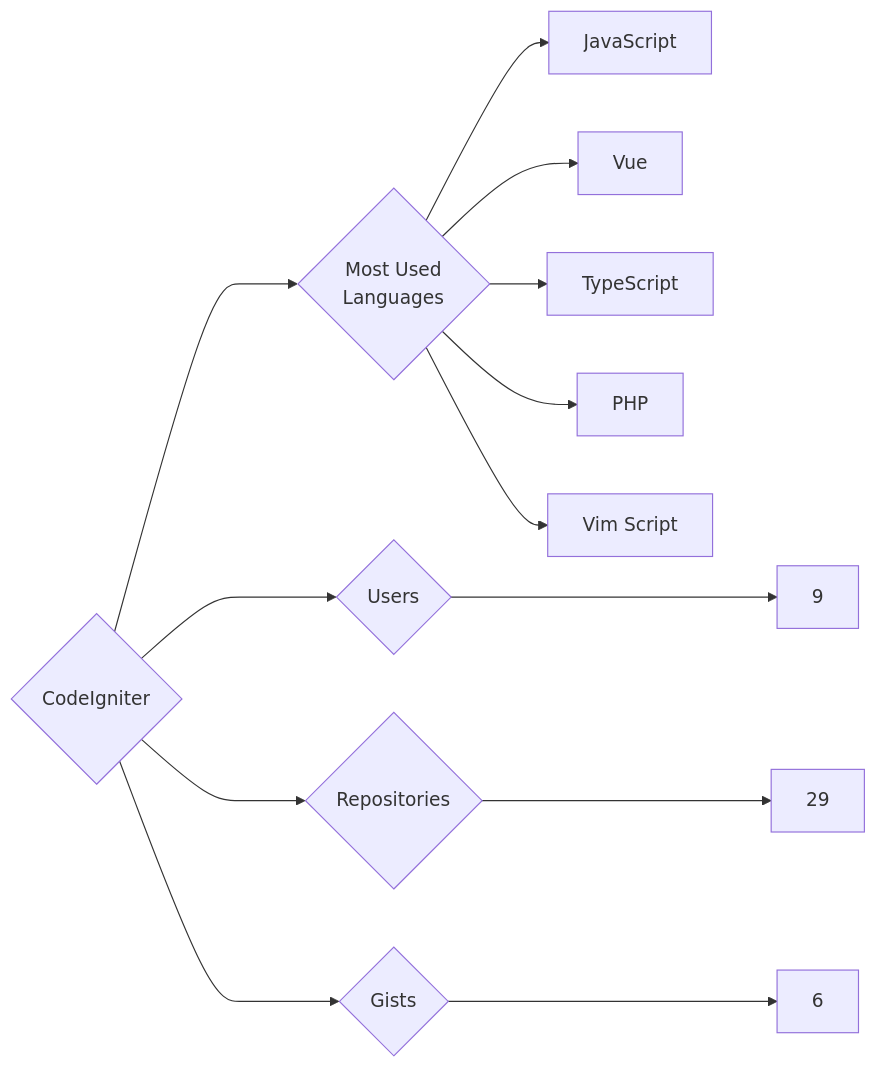
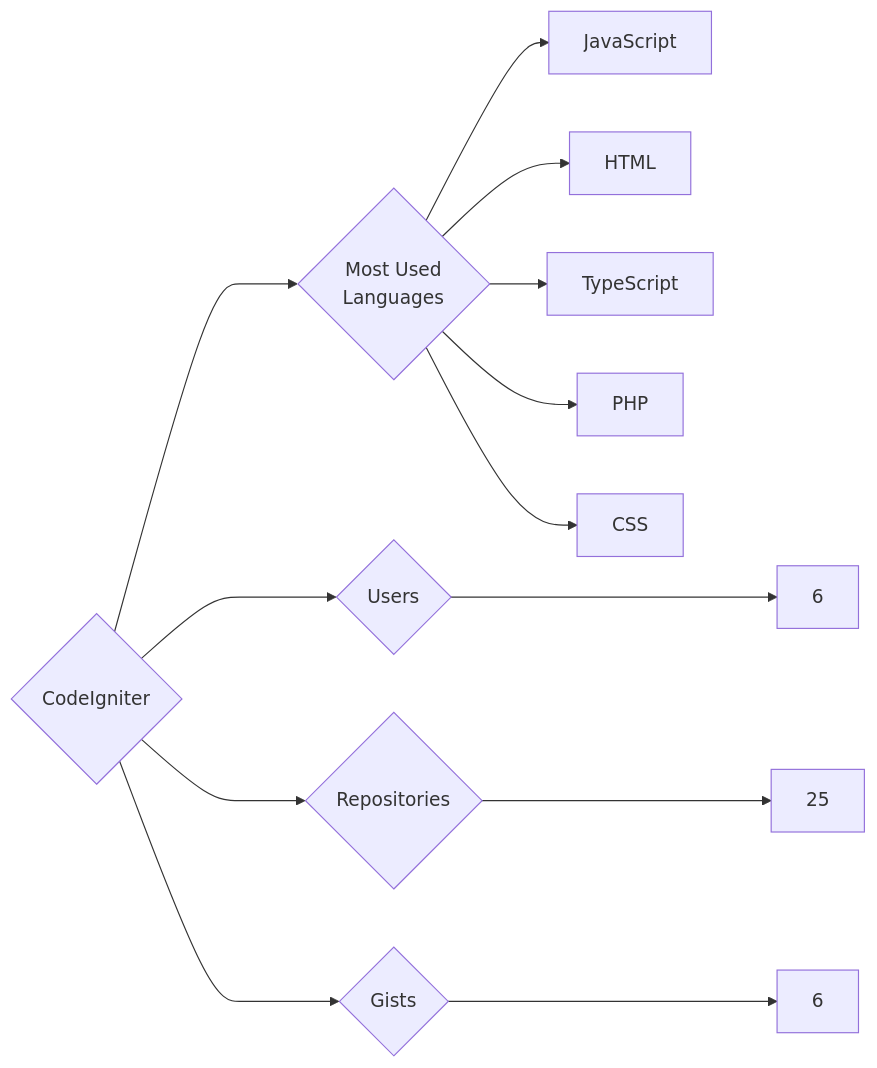
One commit to trickest/insiders changed the diagram in targets/CodeIgniter/README.md. Above: the diagram before and after it, drawn with Mermaid. The commit also changed 1166 other files, not shown here.

````diff
--- a/targets/CodeIgniter/README.md
+++ b/targets/CodeIgniter/README.md
@@ -3,13 +3,13 @@
 ```mermaid
 graph LR
 COMPANY_NAME{CodeIgniter}
-COMPANY_NAME ---> U{Users} ---> UN[9]
-COMPANY_NAME ---> R{Repositories} ---> RN[29]
+COMPANY_NAME ---> U{Users} ---> UN[6]
+COMPANY_NAME ---> R{Repositories} ---> RN[25]
 COMPANY_NAME ---> G{Gists} ---> GN[6]
 COMPANY_NAME ---> ML{Most Used<br>Languages}
 ML --> JavaScript[JavaScript]
-ML --> Vue[Vue]
+ML --> HTML[HTML]
 ML --> TypeScript[TypeScript]
 ML --> PHP[PHP]
-ML --> Vim_Script[Vim Script]
+ML --> CSS[CSS]
 ```
````
